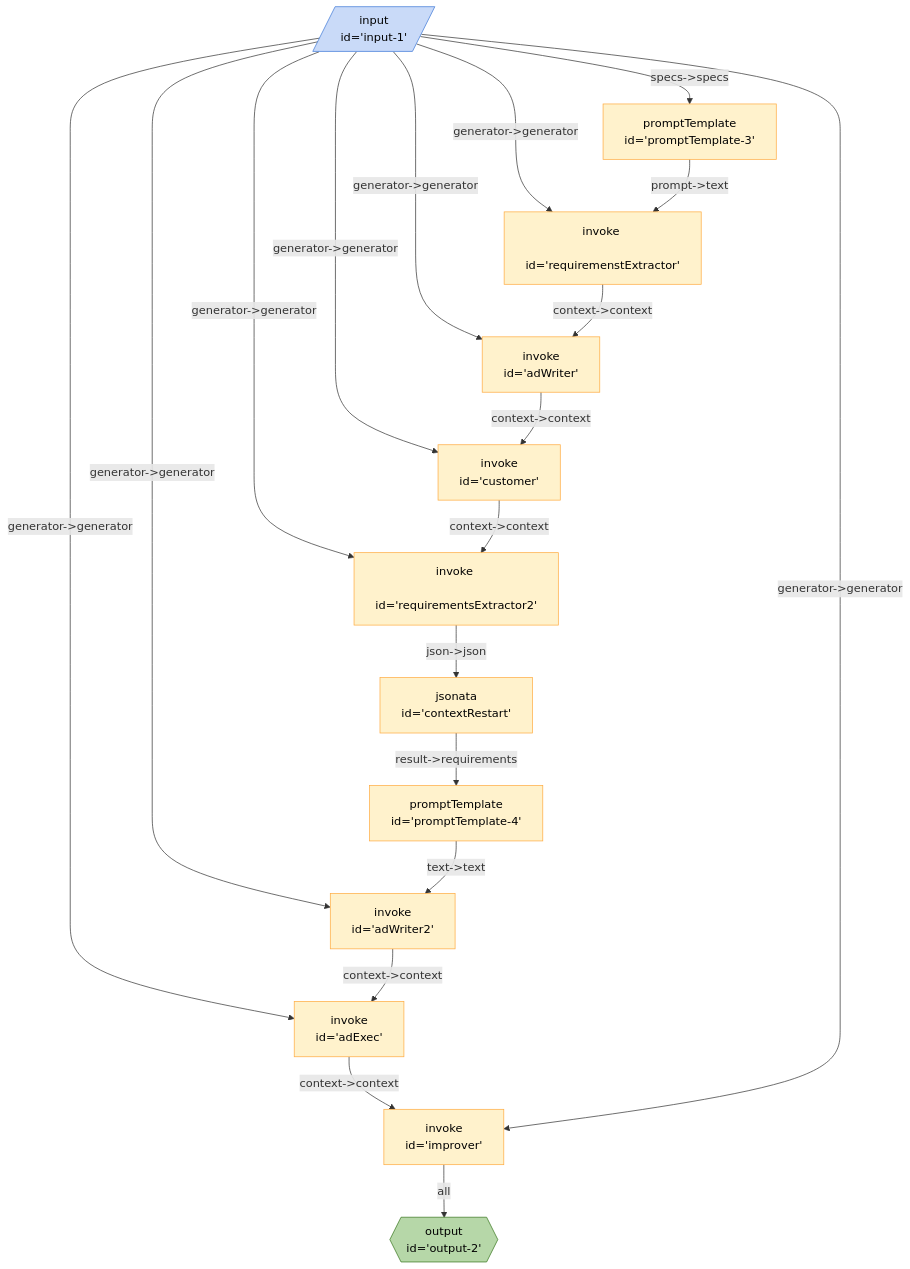
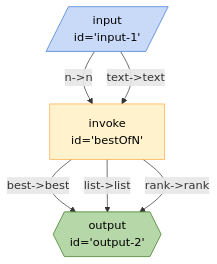
Before and after one commit to breadboard-ai/breadboard: the diagram in packages/breadboard-web/docs/graphs/data-board.md, drawn with Mermaid. The commit also changed 15 other files, not shown here.

````diff
--- a/packages/breadboard-web/docs/graphs/data-board.md
+++ b/packages/breadboard-web/docs/graphs/data-board.md
@@ -3,30 +3,17 @@
 ```mermaid
 %%{init: 'themeVariables': { 'fontFamily': 'Fira Code, monospace' }}%%
 graph TD;
-improver["invoke <br> id='improver'"] -- all --> output2{{"output <br> id='output-2'"}}:::output
-adExec["invoke <br> id='adExec'"] -- "context->context" --> improver["invoke <br> id='improver'"]
-input1[/"input <br> id='input-1'"/]:::input -- "specs->specs" --> promptTemplate3["promptTemplate <br> id='promptTemplate-3'"]
-input1[/"input <br> id='input-1'"/]:::input -- "generator->generator" --> requiremenstExtractor["invoke <br> id='requiremenstExtractor'"]
-input1[/"input <br> id='input-1'"/]:::input -- "generator->generator" --> adWriter["invoke <br> id='adWriter'"]
-input1[/"input <br> id='input-1'"/]:::input -- "generator->generator" --> customer["invoke <br> id='customer'"]
-input1[/"input <br> id='input-1'"/]:::input -- "generator->generator" --> requirementsExtractor2["invoke <br> id='requirementsExtractor2'"]
-input1[/"input <br> id='input-1'"/]:::input -- "generator->generator" --> adWriter2["invoke <br> id='adWriter2'"]
-input1[/"input <br> id='input-1'"/]:::input -- "generator->generator" --> adExec["invoke <br> id='adExec'"]
-input1[/"input <br> id='input-1'"/]:::input -- "generator->generator" --> improver["invoke <br> id='improver'"]
-adWriter2["invoke <br> id='adWriter2'"] -- "context->context" --> adExec["invoke <br> id='adExec'"]
-promptTemplate3["promptTemplate <br> id='promptTemplate-3'"] -- "prompt->text" --> requiremenstExtractor["invoke <br> id='requiremenstExtractor'"]
-requiremenstExtractor["invoke <br> id='requiremenstExtractor'"] -- "context->context" --> adWriter["invoke <br> id='adWriter'"]
-adWriter["invoke <br> id='adWriter'"] -- "context->context" --> customer["invoke <br> id='customer'"]
-customer["invoke <br> id='customer'"] -- "context->context" --> requirementsExtractor2["invoke <br> id='requirementsExtractor2'"]
-requirementsExtractor2["invoke <br> id='requirementsExtractor2'"] -- "json->json" --> contextRestart["jsonata <br> id='contextRestart'"]
-promptTemplate4["promptTemplate <br> id='promptTemplate-4'"] -- "text->text" --> adWriter2["invoke <br> id='adWriter2'"]
-contextRestart["jsonata <br> id='contextRestart'"] -- "result->requirements" --> promptTemplate4["promptTemplate <br> id='promptTemplate-4'"]
+bestOfN["invoke <br> id='bestOfN'"] -- "best->best" --> output2{{"output <br> id='output-2'"}}:::output
+bestOfN["invoke <br> id='bestOfN'"] -- "list->list" --> output2{{"output <br> id='output-2'"}}:::output
+bestOfN["invoke <br> id='bestOfN'"] -- "rank->rank" --> output2{{"output <br> id='output-2'"}}:::output
+input1[/"input <br> id='input-1'"/]:::input -- "n->n" --> bestOfN["invoke <br> id='bestOfN'"]
+input1[/"input <br> id='input-1'"/]:::input -- "text->text" --> bestOfN["invoke <br> id='bestOfN'"]
 classDef default stroke:#ffab40,fill:#fff2ccff,color:#000
 classDef input stroke:#3c78d8,fill:#c9daf8ff,color:#000
 classDef output stroke:#38761d,fill:#b6d7a8ff,color:#000
 classDef passthrough stroke:#a64d79,fill:#ead1dcff,color:#000
 classDef slot stroke:#a64d79,fill:#ead1dcff,color:#000
 classDef config stroke:#a64d79,fill:#ead1dcff,color:#000
 classDef secrets stroke:#db4437,fill:#f4cccc,color:#000
 classDef slotted stroke:#a64d79
 ```
````
